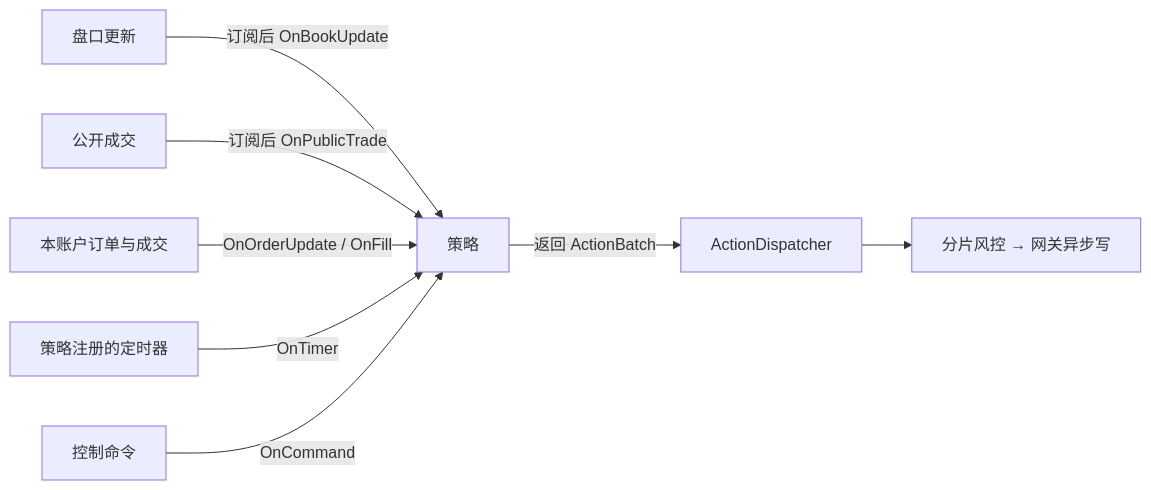
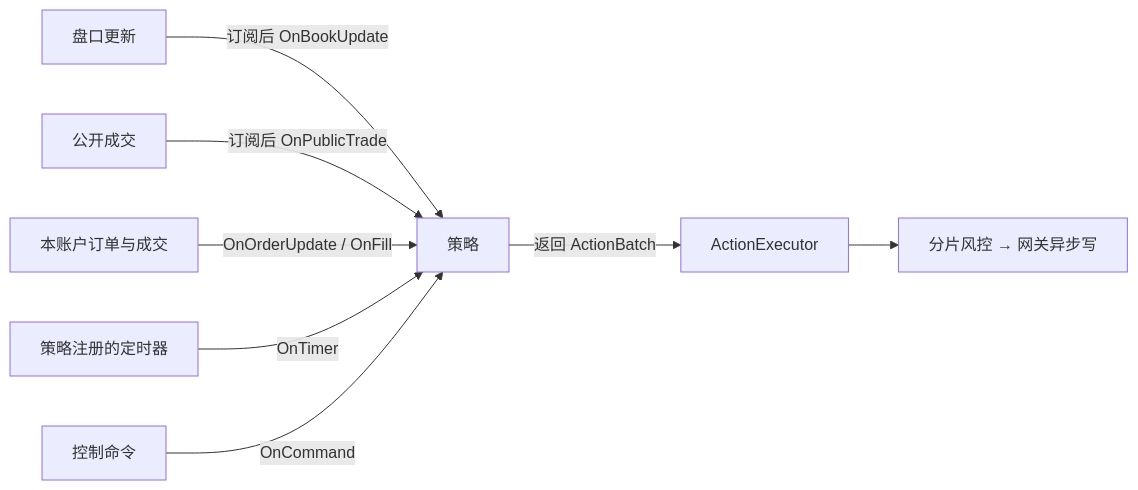
One commit to larrystd/hbot-quant changed the ninth of 11 diagrams in docs/ARCHITECTURE.md. Above: the diagram before and after it, drawn with Mermaid. The commit also changed other lines of this file and 12 other files, not shown here.

````diff
--- a/docs/ARCHITECTURE.md
+++ b/docs/ARCHITECTURE.md
@@ -348,10 +348,10 @@
 ```mermaid
 flowchart LR
     MD["盘口更新"] -->|"订阅后 OnBookUpdate"| STRAT["策略"]
     TRADE["公开成交"] -->|"订阅后 OnPublicTrade"| STRAT
     FILL["本账户订单与成交"] -->|"OnOrderUpdate / OnFill"| STRAT
     TIMER["策略注册的定时器"] -->|"OnTimer"| STRAT
     CMD["控制命令"] -->|"OnCommand"| STRAT
-    STRAT -->|"返回 ActionBatch"| DISPATCH["ActionDispatcher"]
+    STRAT -->|"返回 ActionBatch"| DISPATCH["ActionExecutor"]
     DISPATCH --> RISK["分片风控 → 网关异步写"]
 ```
````
